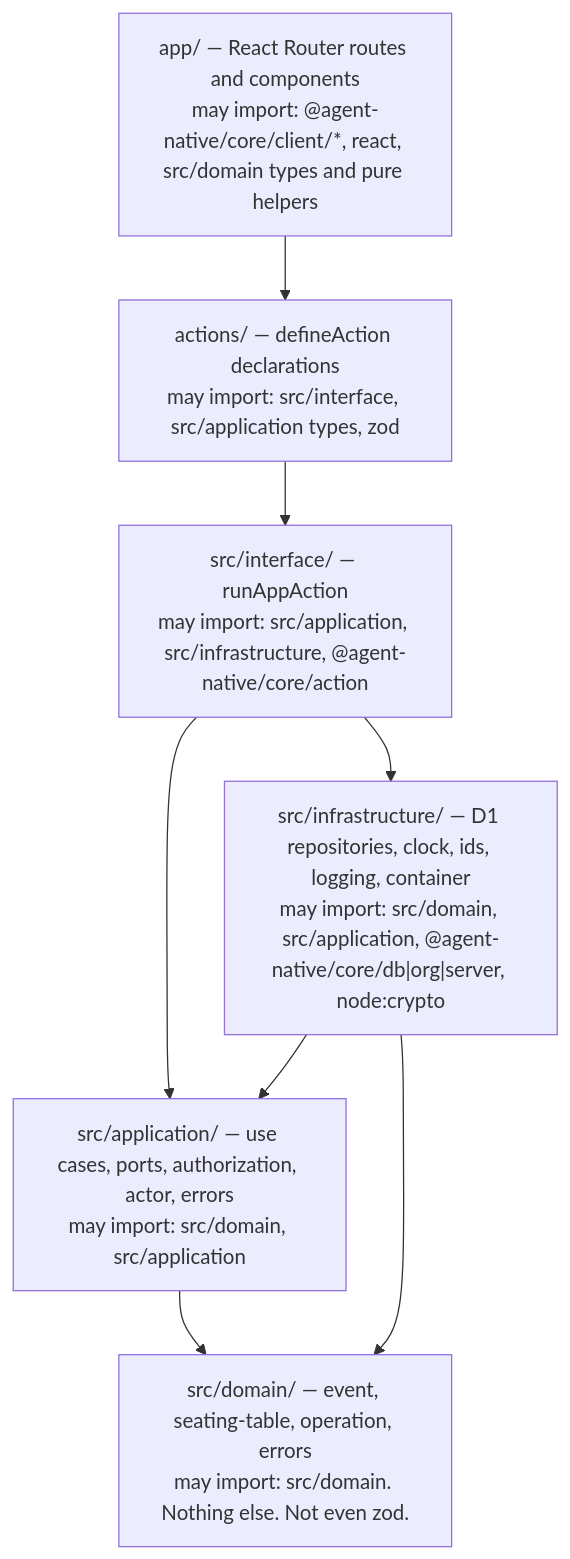
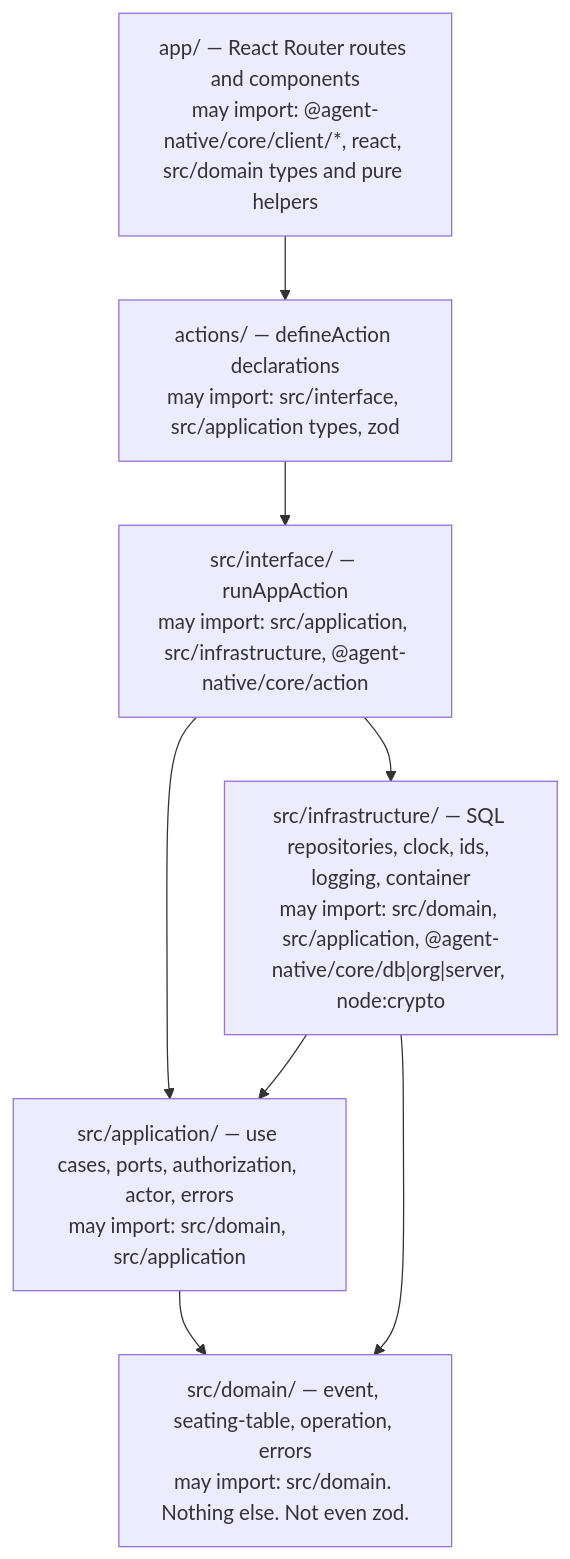
Before and after one commit to anbergem/seating-arrangement: the seventh of 14 diagrams in ARCHITECTURE.md, drawn with Mermaid. The commit also changed other lines of this file and 102 other files, not shown here.

````diff
--- a/ARCHITECTURE.md
+++ b/ARCHITECTURE.md
@@ -337,17 +338,17 @@
 ```mermaid
 flowchart TB
   UI["app/ — React Router routes and components<br/>may import: @agent-native/core/client/*, react, src/domain types and pure helpers"]
   ACT["actions/ — defineAction declarations<br/>may import: src/interface, src/application types, zod"]
   INT["src/interface/ — runAppAction<br/>may import: src/application, src/infrastructure, @agent-native/core/action"]
   APP["src/application/ — use cases, ports, authorization, actor, errors<br/>may import: src/domain, src/application"]
   DOM["src/domain/ — event, seating-table, operation, errors<br/>may import: src/domain. Nothing else. Not even zod."]
-  INF["src/infrastructure/ — D1 repositories, clock, ids, logging, container<br/>may import: src/domain, src/application, @agent-native/core/db|org|server, node:crypto"]
+  INF["src/infrastructure/ — SQL repositories, clock, ids, logging, container<br/>may import: src/domain, src/application, @agent-native/core/db|org|server, node:crypto"]
 
   UI --> ACT
   ACT --> INT
   INT --> APP
   INT --> INF
   APP --> DOM
   INF --> APP
   INF --> DOM
 ```
````
